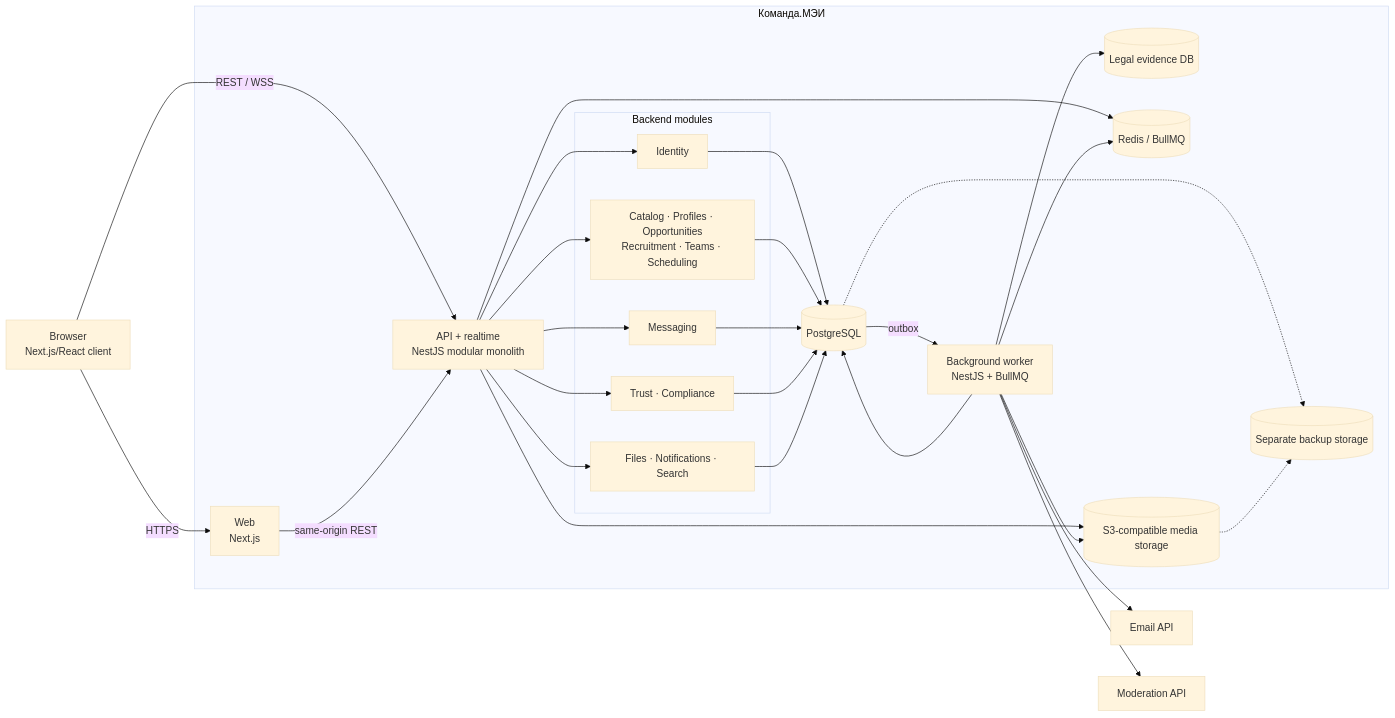
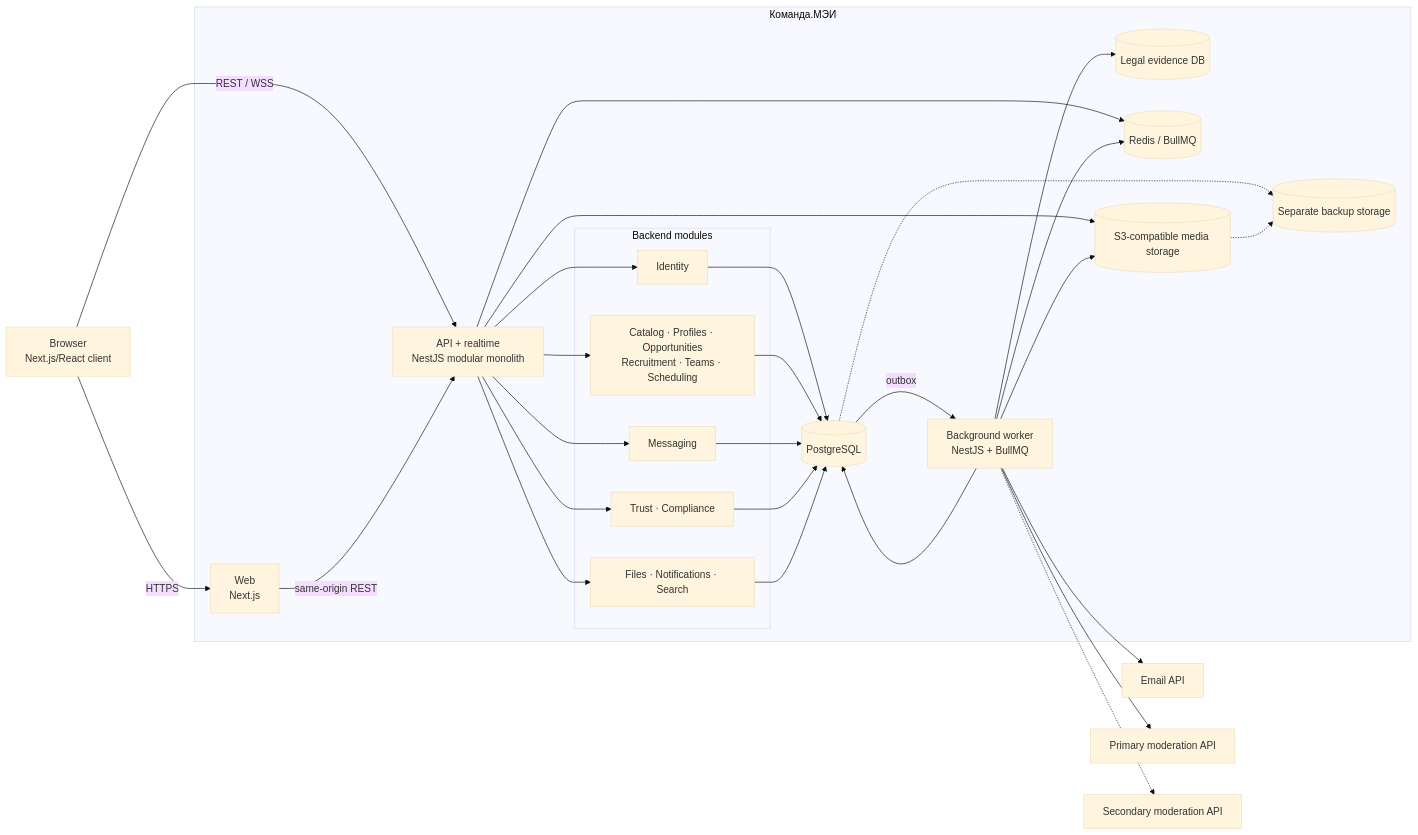
The third of 4 diagrams in docs/architecture/system-design.md (alextwix69/MPEITEAM), drawn with Mermaid (base theme) before and after one commit. The commit also changed other lines of this file and 14 other files, not shown here.

Commit message:
Architecture building DONE

````diff
--- a/docs/architecture/system-design.md
+++ b/docs/architecture/system-design.md
@@ -445,52 +481,54 @@
 ```mermaid
 flowchart LR
     browser["Browser<br/>Next.js/React client"]
 
     subgraph product["Команда.МЭИ"]
         web["Web<br/>Next.js"]
         api["API + realtime<br/>NestJS modular monolith"]
         worker["Background worker<br/>NestJS + BullMQ"]
 
         subgraph modules["Backend modules"]
             identity["Identity"]
             core["Catalog · Profiles · Opportunities<br/>Recruitment · Teams · Scheduling"]
             msg["Messaging"]
             trust["Trust · Compliance"]
             support["Files · Notifications · Search"]
         end
 
         pg[("PostgreSQL")]
         legal[("Legal evidence DB")]
         redis[("Redis / BullMQ")]
         s3[("S3-compatible media storage")]
         backup[("Separate backup storage")]
     end
 
     email["Email API"]
-    moderation["Moderation API"]
+    moderation1["Primary moderation API"]
+    moderation2["Secondary moderation API"]
 
     browser -->|"HTTPS"| web
     browser -->|"REST / WSS"| api
     web -->|"same-origin REST"| api
     api --> identity
     api --> core
     api --> msg
     api --> trust
     api --> support
     identity --> pg
     core --> pg
     msg --> pg
     trust --> pg
     support --> pg
     api --> redis
     api --> s3
     pg -->|"outbox"| worker
     worker --> redis
     worker --> pg
     worker --> legal
     worker --> s3
     pg -.-> backup
     s3 -.-> backup
     worker --> email
-    worker --> moderation
+    worker --> moderation1
+    worker -.-> moderation2
 ```
````
